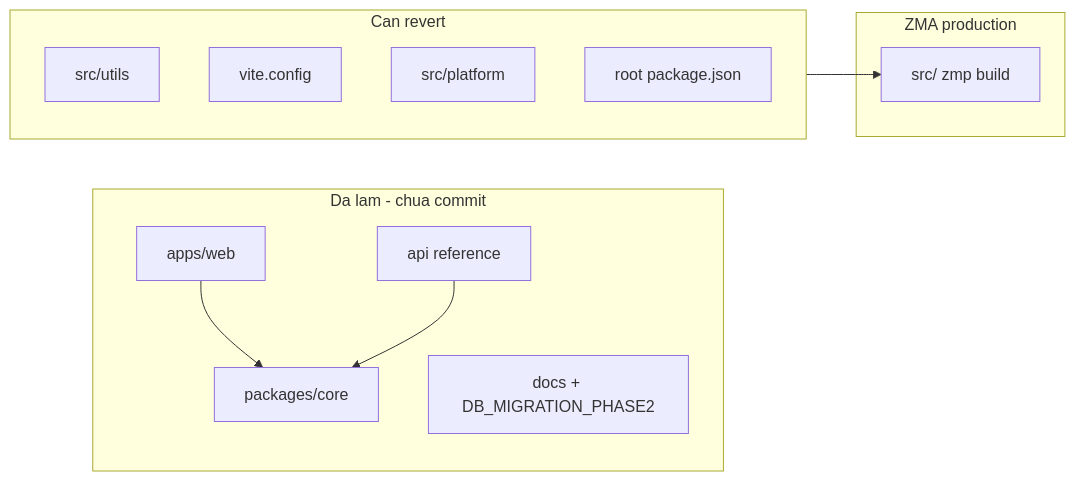
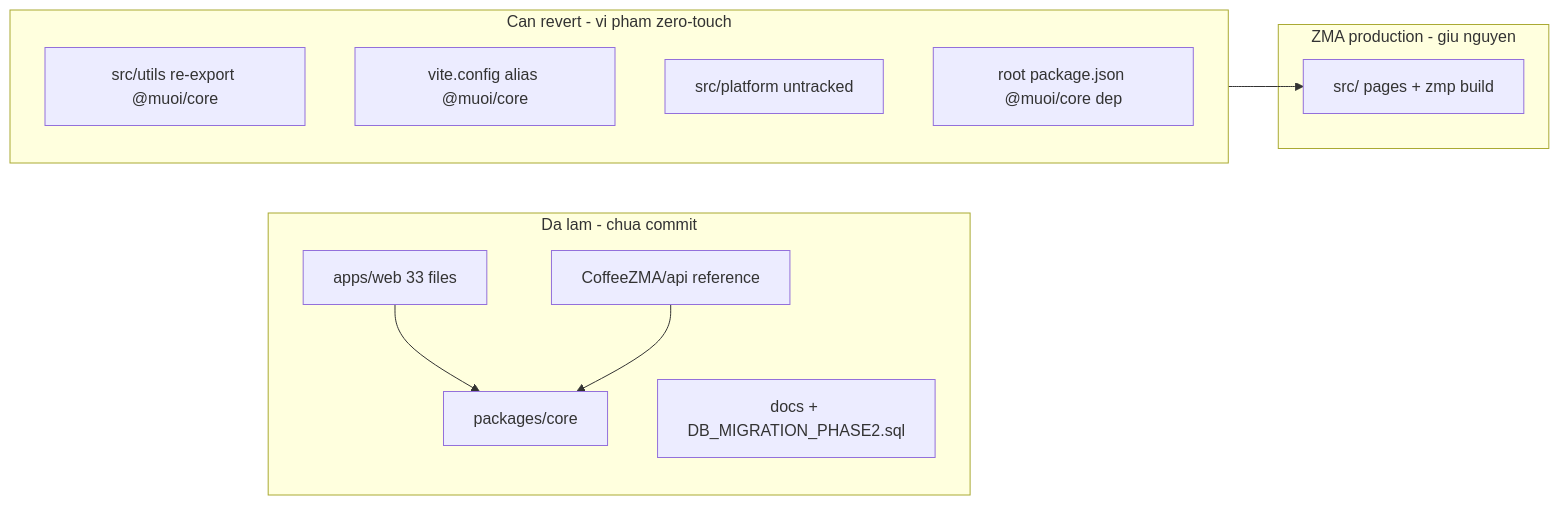
One commit to hoanghg45/CoffeeZMA changed the first of 3 diagrams in docs/planning/web-clone-plan.md. Above: the diagram before and after it, drawn with Mermaid. The commit also changed other lines of this file, not shown here.

First line of the commit message:
docs: sync web clone plan from Cursor plan file

````diff
--- a/docs/planning/web-clone-plan.md
+++ b/docs/planning/web-clone-plan.md
@@ -39,24 +46,24 @@
 ```mermaid
 flowchart LR
   subgraph done [Da lam - chua commit]
     Core[packages/core]
-    Web[apps/web]
-    ApiRef[api reference]
-    Docs[docs + DB_MIGRATION_PHASE2]
+    Web[apps/web 33 files]
+    ApiRef[CoffeeZMA/api reference]
+    Docs[docs + DB_MIGRATION_PHASE2.sql]
   end
 
-  subgraph contam [Can revert]
-    ZUtils[src/utils]
-    ZVite[vite.config]
-    ZPlatform[src/platform]
-    RootPkg[root package.json]
+  subgraph contam [Can revert - vi pham zero-touch]
+    ZUtils[src/utils re-export @muoi/core]
+    ZVite[vite.config alias @muoi/core]
+    ZPlatform[src/platform untracked]
+    RootPkg[root package.json @muoi/core dep]
   end
 
-  subgraph frozen [ZMA production]
-    ZMA[src/ zmp build]
+  subgraph frozen [ZMA production - giu nguyen]
+    ZMA[src/ pages + zmp build]
   end
 
   contam --> ZMA
   Web --> Core
   ApiRef --> Core
 ```
````
